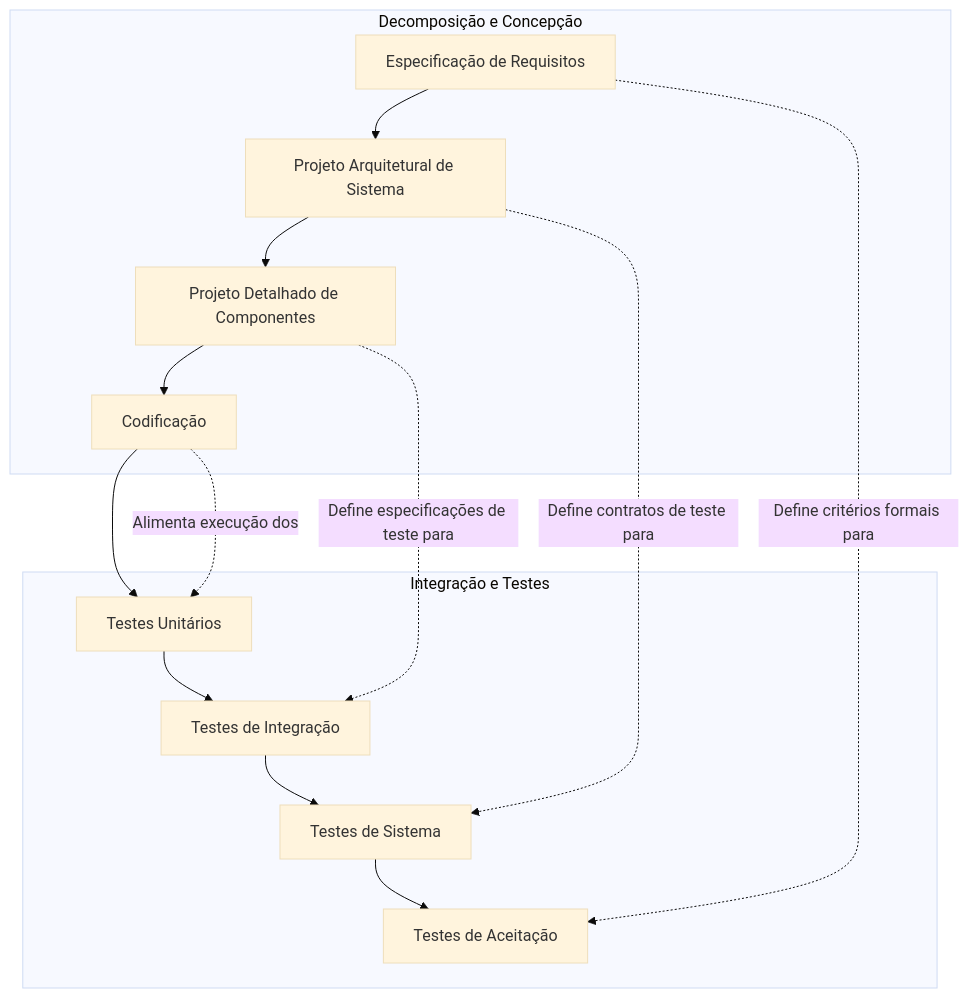
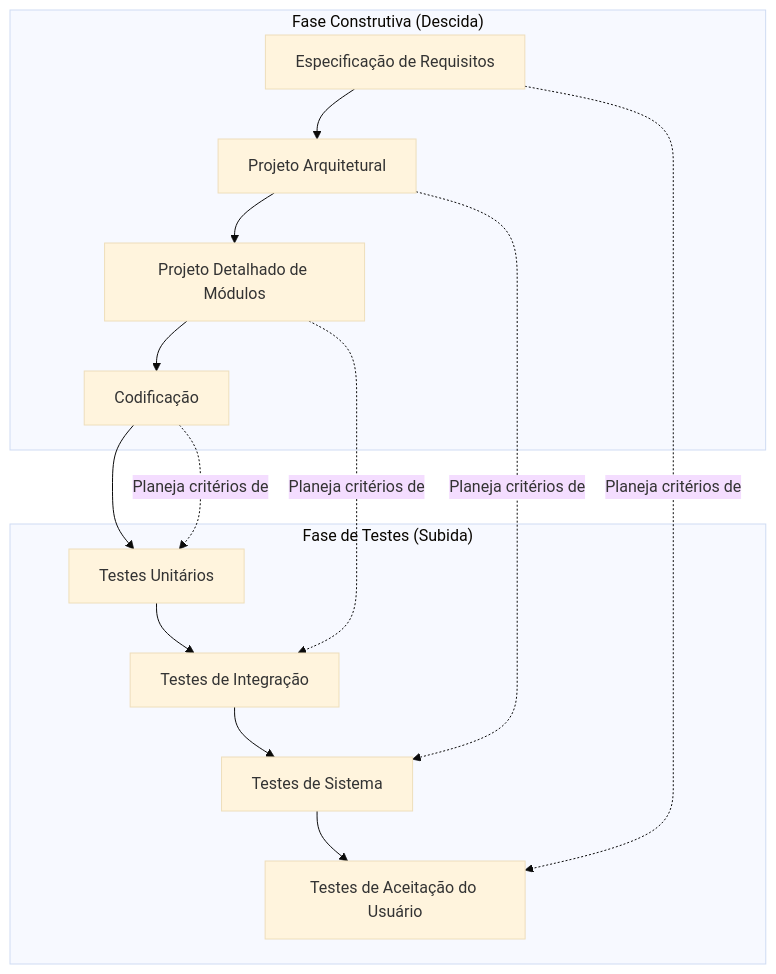
Before and after one commit to murilolol/unifef: the eighth of 35 diagrams in 3º Semestre/[Prof. Marcelo Boer] Engenharia de Software I/Resumos-IA/Simulados-Comentados.md, drawn with Mermaid (base theme). The commit also changed other lines of this file and 40 other files, not shown here.

````diff
--- a/3º Semestre/[Prof. Marcelo Boer] Engenharia de Software I/Resumos-IA/Simulados-Comentados.md
+++ b/3º Semestre/[Prof. Marcelo Boer] Engenharia de Software I/Resumos-IA/Simulados-Comentados.md
@@ -222,29 +282,29 @@
 ```mermaid
 flowchart TD
-    subgraph DecomposicaoProjeto["Decomposição e Concepção"]
-        ReqV["Especificação de Requisitos"]
-        ArqV["Projeto Arquitetural de Sistema"]
-        ModV["Projeto Detalhado de Componentes"]
-        CodV["Codificação"]
+    subgraph Decomposicao_e_Projeto["Fase Construtiva (Descida)"]
+        V_REQ["Especificação de Requisitos"]
+        V_ARQ["Projeto Arquitetural"]
+        V_MOD["Projeto Detalhado de Módulos"]
+        V_COD["Codificação"]
     end
 
-    subgraph IntegracaoValidacao["Integração e Testes"]
-        TUnit["Testes Unitários"]
-        TInt["Testes de Integração"]
-        TSist["Testes de Sistema"]
-        TAceit["Testes de Aceitação"]
+    subgraph Verificacao_e_Validacao["Fase de Testes (Subida)"]
+        V_UNIT["Testes Unitários"]
+        V_INT["Testes de Integração"]
+        V_SIST["Testes de Sistema"]
+        V_ACEIT["Testes de Aceitação do Usuário"]
     end
 
-    ReqV --> ArqV
-    ArqV --> ModV
-    ModV --> CodV
-    CodV --> TUnit
-    TUnit --> TInt
-    TInt --> TSist
-    TSist --> TAceit
+    V_REQ --> V_ARQ
+    V_ARQ --> V_MOD
+    V_MOD --> V_COD
+    V_COD --> V_UNIT
+    V_UNIT --> V_INT
+    V_INT --> V_SIST
+    V_SIST --> V_ACEIT
 
-    ReqV -.->|Define critérios formais para| TAceit
-    ArqV -.->|Define contratos de teste para| TSist
-    ModV -.->|Define especificações de teste para| TInt
-    CodV -.->|Alimenta execução dos| TUnit
+    V_REQ -.->|"Planeja critérios de"| V_ACEIT
+    V_ARQ -.->|"Planeja critérios de"| V_SIST
+    V_MOD -.->|"Planeja critérios de"| V_INT
+    V_COD -.->|"Planeja critérios de"| V_UNIT
 ```
````
